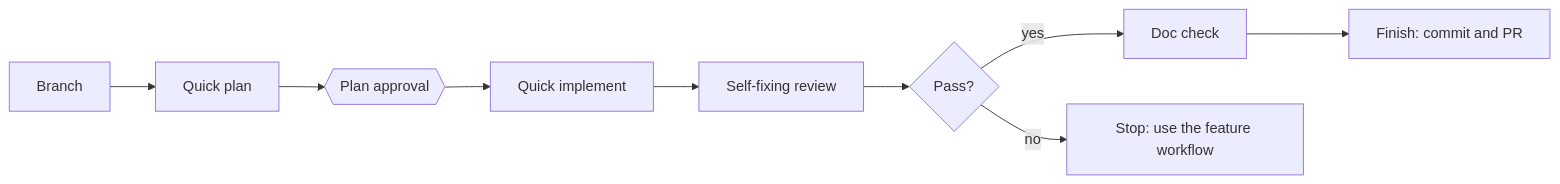
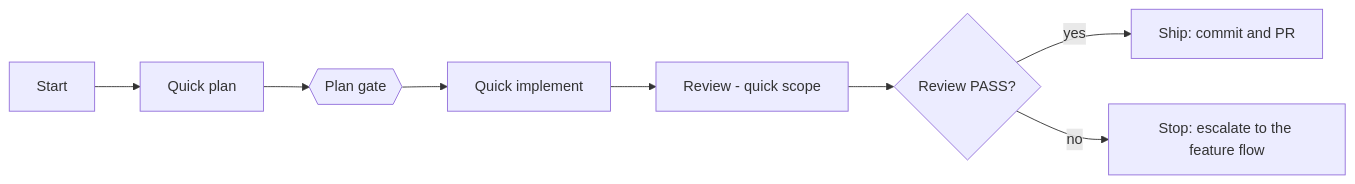
One commit to vishalkhondre/speckit-aisdlc changed the third of 4 diagrams in docs/wiki/Product-Overview.md. Above: the diagram before and after it, drawn with Mermaid. The commit also changed other lines of this file and 8 other files, not shown here.

````diff
--- a/docs/wiki/Product-Overview.md
+++ b/docs/wiki/Product-Overview.md
@@ -47,7 +69,7 @@
 ```mermaid
 flowchart LR
-    A[Branch] --> B[Quick plan] --> G1{{Plan approval}}
-    G1 --> C[Quick implement] --> D[Self-fixing review] --> E{Pass?}
-    E -->|yes| F[Doc check] --> G[Finish: commit and PR]
-    E -->|no| X[Stop: use the feature workflow]
+    A[Start] --> B[Quick plan] --> G1{{Plan gate}}
+    G1 --> C[Quick implement] --> D[Review - quick scope] --> P{Review PASS?}
+    P -->|yes| E[Ship: commit and PR]
+    P -->|no| X[Stop: escalate to the feature flow]
 ```
````
